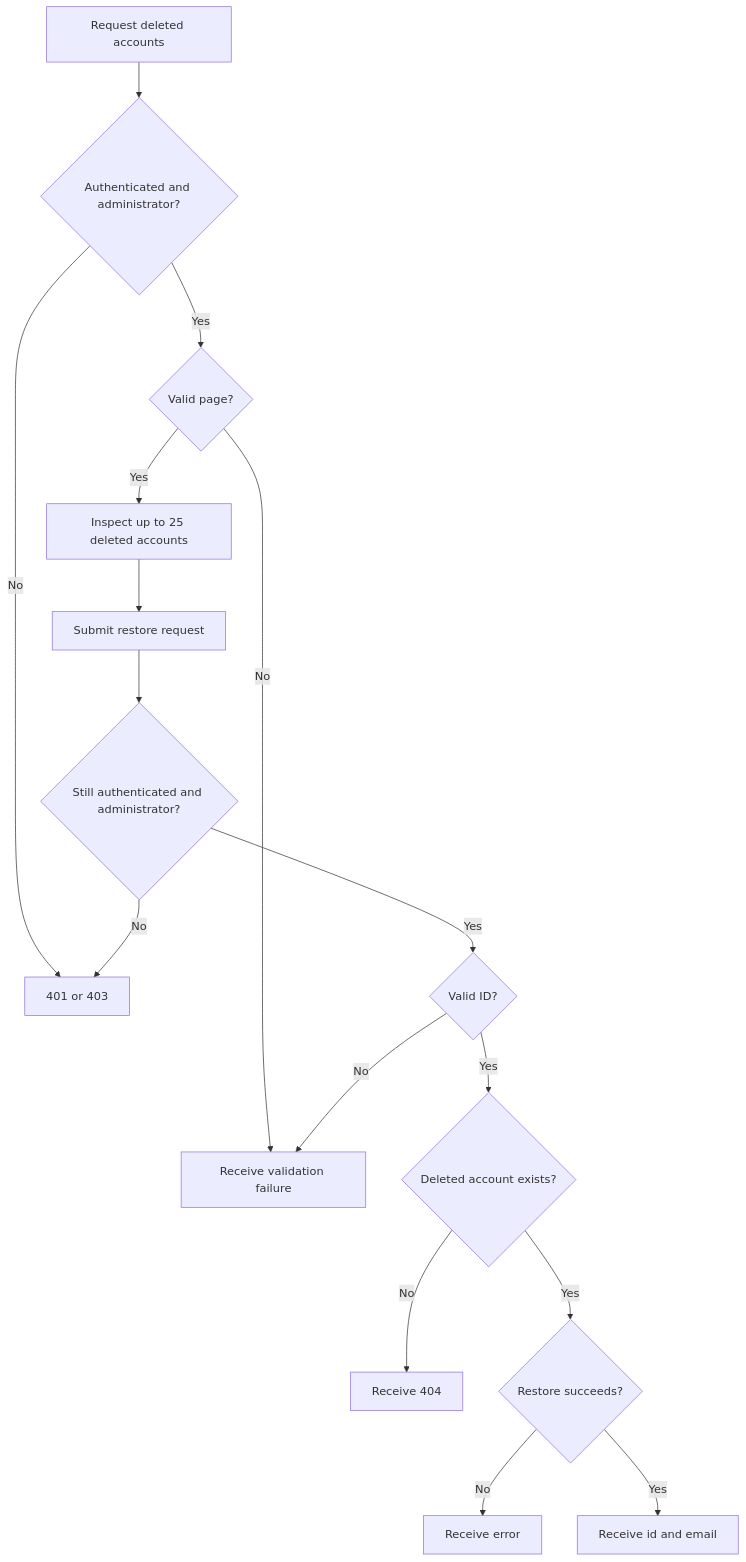
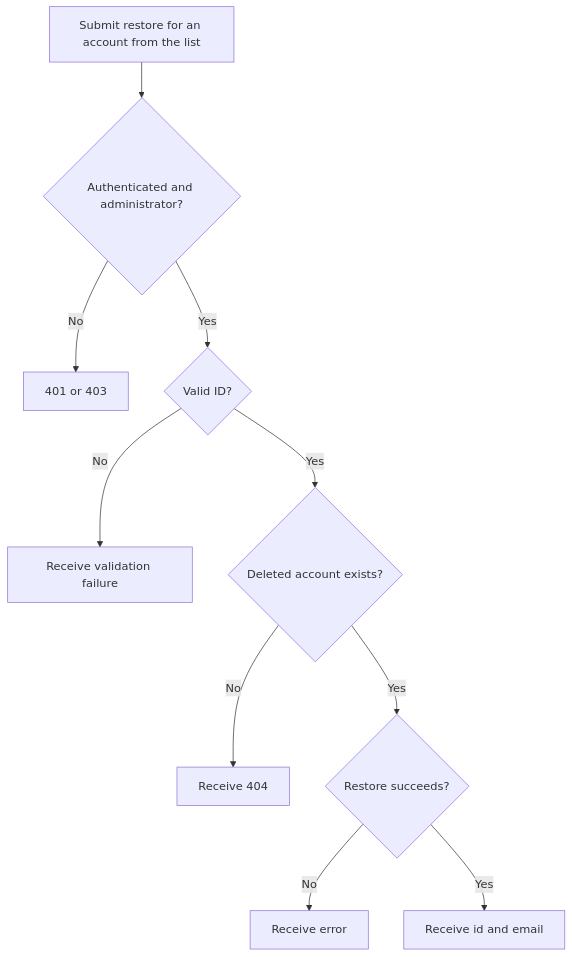
Before and after one commit to Kevinjohn/oss-adonisjs-lucid-soft-delete: the first of 2 diagrams in user-stories/example-apps/us-demo-02-api-admin-restore.md, drawn with Mermaid. The commit also changed other lines of this file and 18 other files, not shown here.

````diff
--- a/user-stories/example-apps/us-demo-02-api-admin-restore.md
+++ b/user-stories/example-apps/us-demo-02-api-admin-restore.md
@@ -22,17 +20,12 @@
 ```mermaid
 flowchart TD
-    A["Request deleted accounts"] --> B{"Authenticated and administrator?"}
+    A["Submit restore for an account from the list"] --> B{"Authenticated and administrator?"}
     B -->|No| C["401 or 403"]
-    B -->|Yes| D{"Valid page?"}
+    B -->|Yes| D{"Valid ID?"}
     D -->|No| E["Receive validation failure"]
-    D -->|Yes| F["Inspect up to 25 deleted accounts"]
-    F --> G["Submit restore request"] --> H{"Still authenticated and administrator?"}
-    H -->|No| C
-    H -->|Yes| I{"Valid ID?"}
-    I -->|No| E
-    I -->|Yes| J{"Deleted account exists?"}
-    J -->|No| K["Receive 404"]
-    J -->|Yes| L{"Restore succeeds?"}
-    L -->|No| M["Receive error"]
-    L -->|Yes| N["Receive id and email"]
+    D -->|Yes| F{"Deleted account exists?"}
+    F -->|No| G["Receive 404"]
+    F -->|Yes| H{"Restore succeeds?"}
+    H -->|No| I["Receive error"]
+    H -->|Yes| J["Receive id and email"]
 ```
````
